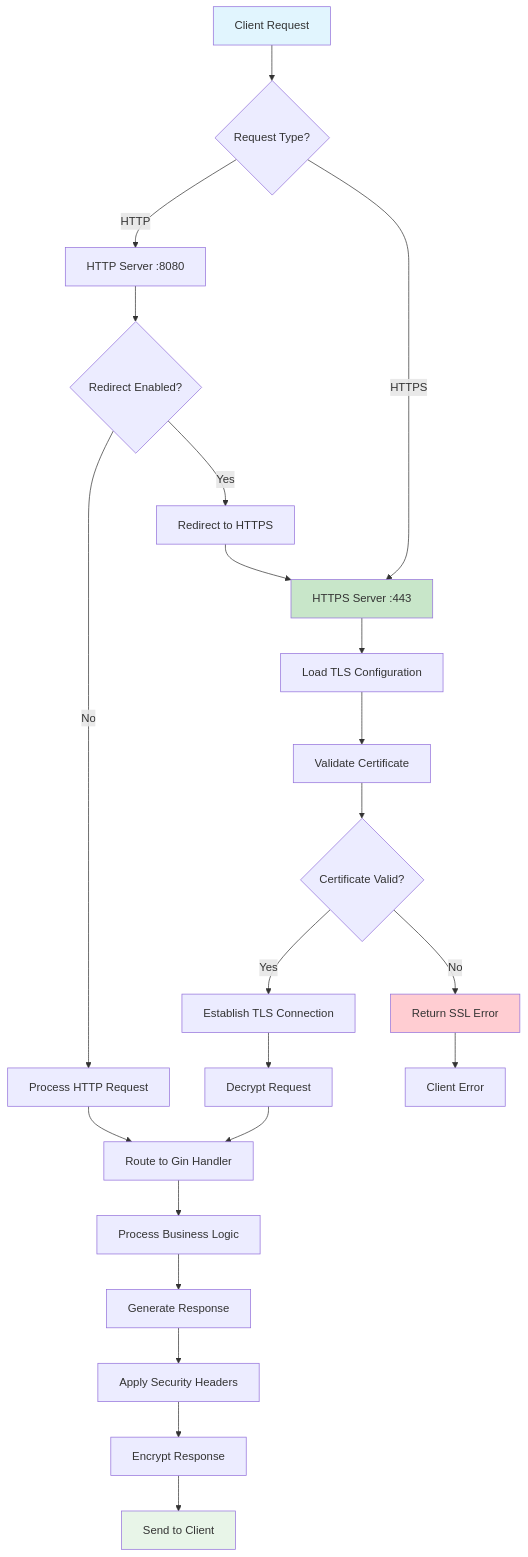
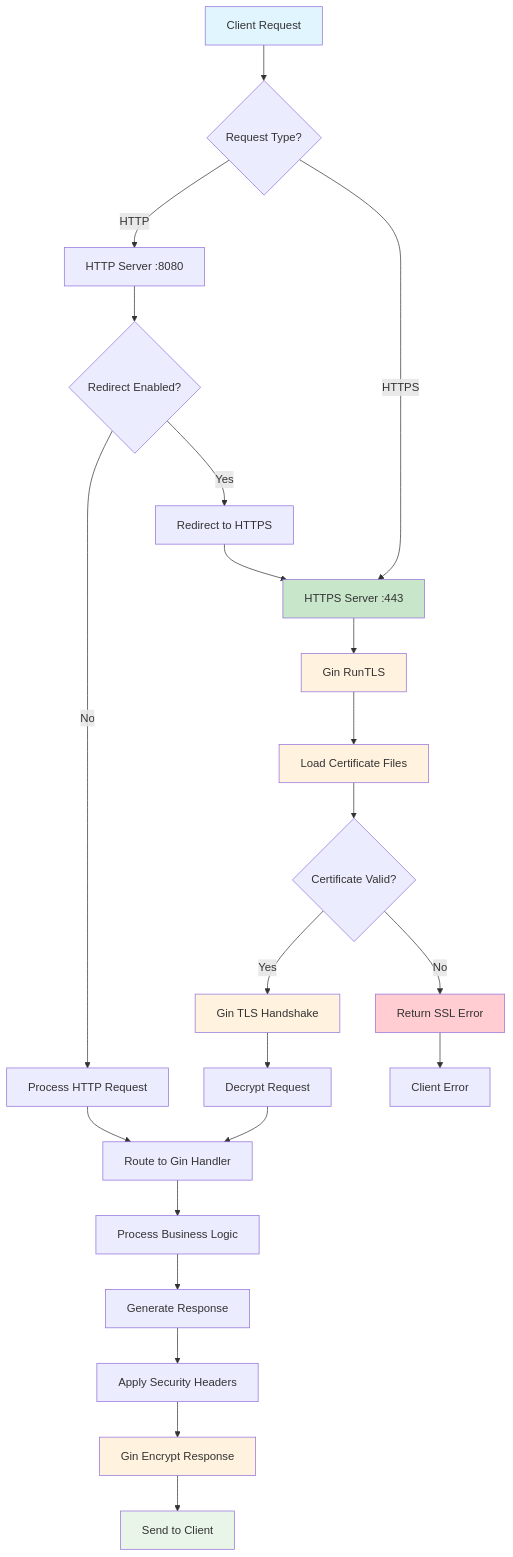
Before and after one commit to tushg/tushartemplategin: the second of 8 diagrams in docs/serviceSSLArch.md, drawn with Mermaid. The commit also changed other lines of this file and 1 other file, not shown here.

First line of the commit message:
refactor: simplify TLS implementation using Gin's built-in functionality

````diff
--- a/docs/serviceSSLArch.md
+++ b/docs/serviceSSLArch.md
@@ -122,33 +171,37 @@
 ```mermaid
 flowchart TD
     A[Client Request] --> B{Request Type?}
     B -->|HTTP| C[HTTP Server :8080]
     B -->|HTTPS| D[HTTPS Server :443]
     
     C --> E{Redirect Enabled?}
     E -->|Yes| F[Redirect to HTTPS]
     E -->|No| G[Process HTTP Request]
     
-    D --> H[Load TLS Configuration]
-    H --> I[Validate Certificate]
+    D --> H[Gin RunTLS]
+    H --> I[Load Certificate Files]
     I --> J{Certificate Valid?}
     J -->|No| K[Return SSL Error]
-    J -->|Yes| L[Establish TLS Connection]
+    J -->|Yes| L[Gin TLS Handshake]
     
     L --> M[Decrypt Request]
     M --> N[Route to Gin Handler]
     N --> O[Process Business Logic]
     O --> P[Generate Response]
     P --> Q[Apply Security Headers]
-    Q --> R[Encrypt Response]
+    Q --> R[Gin Encrypt Response]
     R --> S[Send to Client]
     
     F --> D
     G --> N
     K --> T[Client Error]
     
     style A fill:#e1f5fe
     style D fill:#c8e6c9
     style S fill:#e8f5e8
     style K fill:#ffcdd2
+    style H fill:#fff3e0
+    style I fill:#fff3e0
+    style L fill:#fff3e0
+    style R fill:#fff3e0
 ```
````
